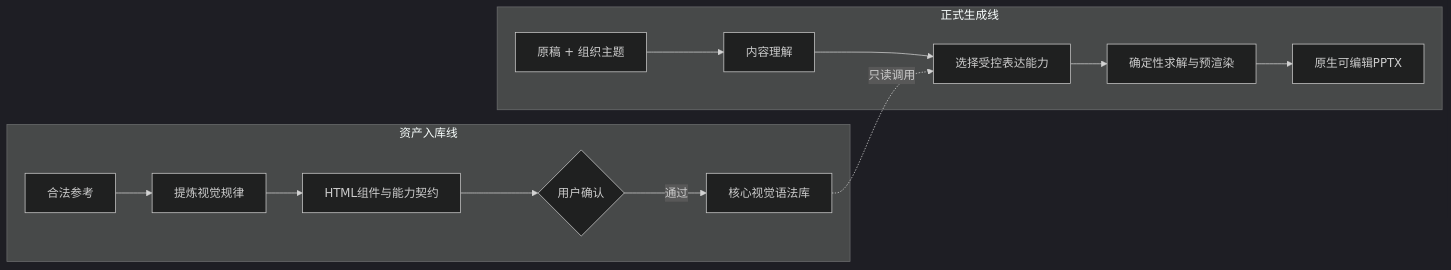
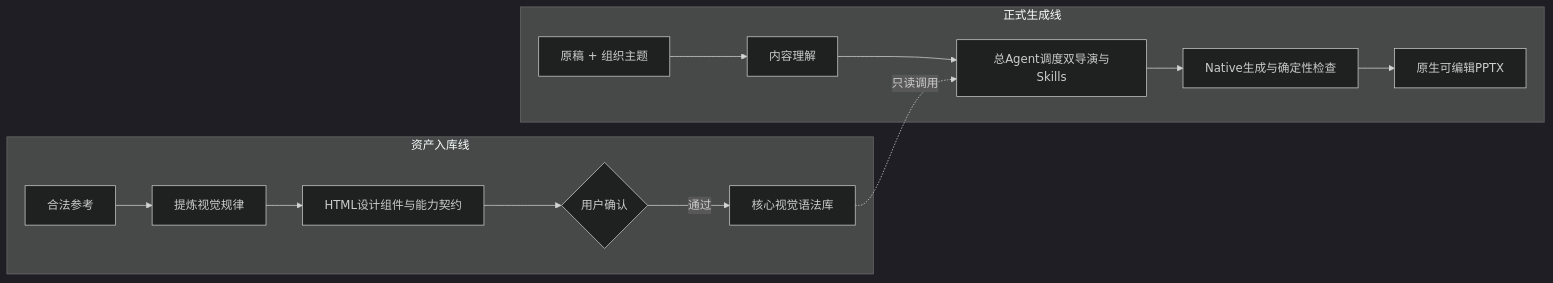
The diagram in docs/产品叙事.md (NEUwpy/PPagenT), drawn with Mermaid (dark theme) before and after one commit. The commit also changed other lines of this file and 8 other files, not shown here.

````diff
--- a/docs/产品叙事.md
+++ b/docs/产品叙事.md
@@ -66,16 +67,16 @@
 ```mermaid
 flowchart LR
     subgraph I["资产入库线"]
         A["合法参考"] --> B["提炼视觉规律"]
-        B --> C["HTML组件与能力契约"]
+        B --> C["HTML设计组件与能力契约"]
         C --> D{"用户确认"}
         D -->|通过| E["核心视觉语法库"]
     end
     subgraph R["正式生成线"]
         F["原稿 + 组织主题"] --> G["内容理解"]
-        G --> H["选择受控表达能力"]
+        G --> H["总Agent调度双导演与Skills"]
         E -."只读调用".-> H
-        H --> J["确定性求解与预渲染"]
+        H --> J["Native生成与确定性检查"]
         J --> K["原生可编辑PPTX"]
     end
 ```
````
